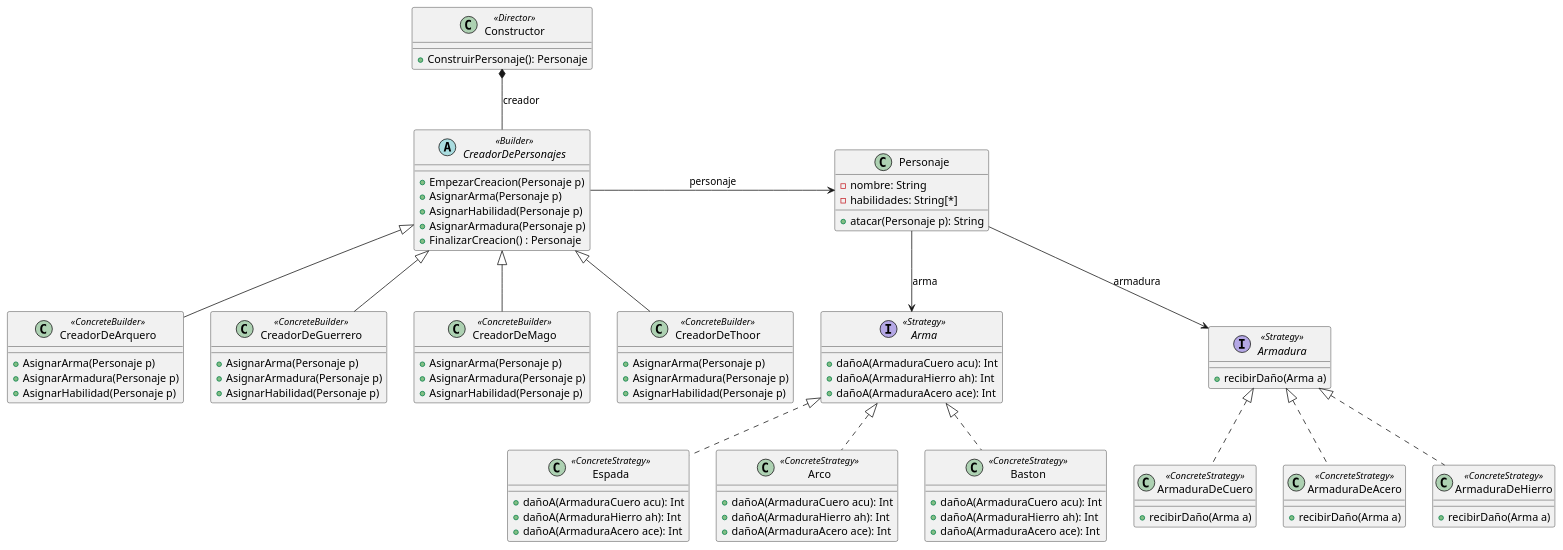
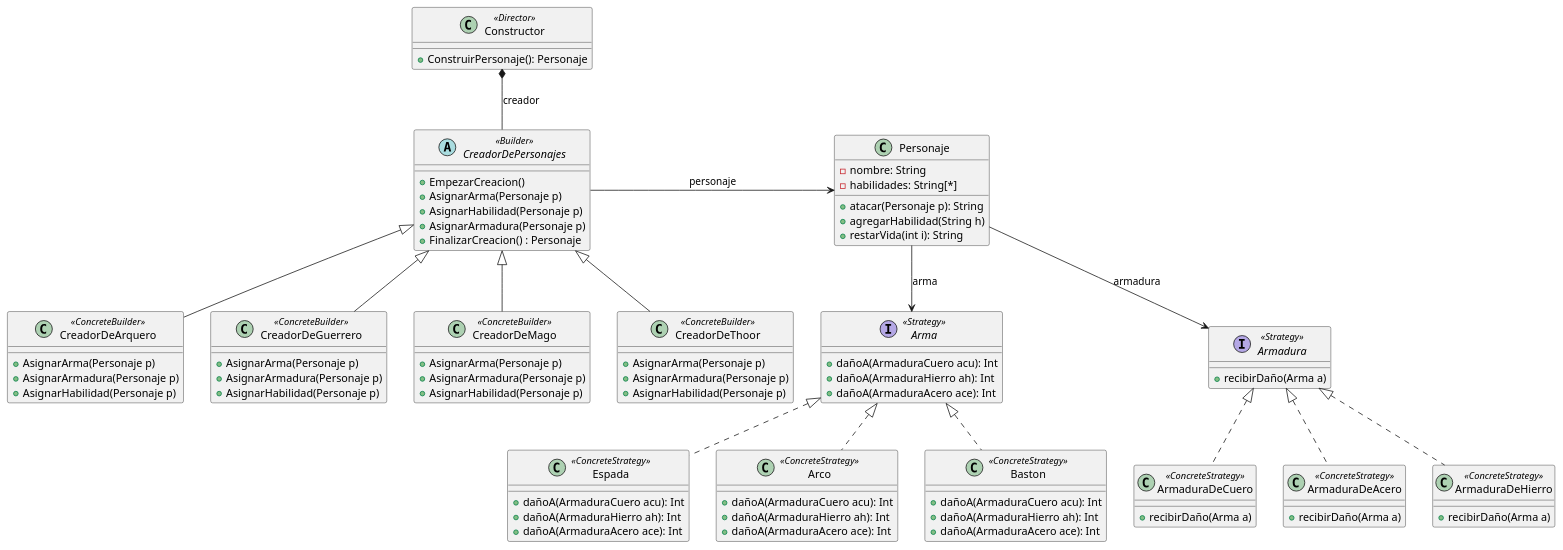
The diagram in Objetos 2/UMLs/Ejercicio20Patrones.puml (BautistaMarquez/Tercero-PrimerCuatrimestre), drawn with PlantUML before and after one commit. The commit also changed 2 other files, not shown here.

```diff
--- a/Objetos 2/UMLs/Ejercicio20Patrones.puml
+++ b/Objetos 2/UMLs/Ejercicio20Patrones.puml
@@ -1,114 +1,116 @@
 @startuml Ejercicio20
 
 Arma <|.. Espada
 Arma <|.. Arco
 Arma <|.. Baston
 Armadura <|.. ArmaduraDeCuero
 Armadura <|.. ArmaduraDeAcero
 Armadura <|.. ArmaduraDeHierro
 Personaje --> Arma : arma 
 Personaje --> Armadura : armadura 
 CreadorDePersonajes -> Personaje : personaje
 CreadorDePersonajes <|-- CreadorDeArquero
 CreadorDePersonajes <|-- CreadorDeGuerrero
 CreadorDePersonajes <|-- CreadorDeMago
 CreadorDePersonajes <|-- CreadorDeThoor
 Constructor *-- CreadorDePersonajes : creador
 
 'Estaba en la duda de hacer una Strategy con los personajes, pero entiendo que justamente tienen el nombre para Identificarse entonces lo mas sensato es hacer un Strategy de Armadura y la clase Personaje se diferencia de otra por su nombre.
 
 'Para crear los personajes, uso un Builder? Pq deberia tener dos directores que indiquen el orden, ya que el mago tiene 2 habilidades y el guerrero 1 (Entiendo que el arquero tendria combate a distancia aunque no diga nada).
 
 'BUILDER: NO INDICA LA CANTIDAD DE VECES QUE TIENE QUE HACER ALGO? OSEA SE SUPONE QUE EL MAGO POR EJEMPLO HACE DOS HABLIDADES Y EL GUERRERO UNA? PERO ESTO LO HARIA EN EL CONCRETO
 
 interface Arma <<Strategy>>{
     +dañoA(ArmaduraCuero acu): Int 
     +dañoA(ArmaduraHierro ah): Int 
     +dañoA(ArmaduraAcero ace): Int 
 }
 
 class Espada <<ConcreteStrategy>>{
     +dañoA(ArmaduraCuero acu): Int 
     +dañoA(ArmaduraHierro ah): Int 
     +dañoA(ArmaduraAcero ace): Int 
 }
 
 class Arco <<ConcreteStrategy>>{
     +dañoA(ArmaduraCuero acu): Int 
     +dañoA(ArmaduraHierro ah): Int 
     +dañoA(ArmaduraAcero ace): Int 
 }
 
 Class Baston <<ConcreteStrategy>>{
     +dañoA(ArmaduraCuero acu): Int 
     +dañoA(ArmaduraHierro ah): Int 
     +dañoA(ArmaduraAcero ace): Int 
 }
 
 'El String seria para saber si gano o perdio? Aunque en realidad los dos reciben daño. Supuestamente el que ataca nada mas hace daño, en este caso.
 'En vez de combatir le pongo atacar.
 class Personaje{
     -nombre: String
     -habilidades: String[*]
     +atacar(Personaje p): String 
+    +agregarHabilidad(String h)
+    +restarVida(int i): String
 }
 
 'Lo que me hace ruido, es que queda vacia porque no tiene una defenesa o un algo que le pueda aplicar. 
 'Sino que hago, lo identifico por un String?
 'Pq encima no tienen algo que sea defensa contra 
 interface Armadura <<Strategy>>{ 
     +recibirDaño(Arma a)
 
 }
 
 class ArmaduraDeCuero <<ConcreteStrategy>>{
     +recibirDaño(Arma a)
 }
 
 class ArmaduraDeHierro <<ConcreteStrategy>>{
     +recibirDaño(Arma a)
 }
 
 class ArmaduraDeAcero <<ConcreteStrategy>>{
     +recibirDaño(Arma a)
 }
 
 'Utilizo varios metodos debido al orden y cantidad de armas/habilidades. Se pueden usar varios metodos de esta forma en un director o un director es igual a un metodo/orden.
 'El ConstruirPersonajeADistancia seria para Mago y Thoor
 class Constructor <<Director>>{
     +ConstruirPersonaje(): Personaje
 }
 
 abstract class CreadorDePersonajes <<Builder>>{
-    +EmpezarCreacion(Personaje p)
+    +EmpezarCreacion()
     +AsignarArma(Personaje p)
     +AsignarHabilidad(Personaje p)
     +AsignarArmadura(Personaje p)
     +FinalizarCreacion() : Personaje
 }
 
 class CreadorDeGuerrero <<ConcreteBuilder>>{
     +AsignarArma(Personaje p)
     +AsignarArmadura(Personaje p)
     +AsignarHabilidad(Personaje p)
 }
 
 class CreadorDeArquero <<ConcreteBuilder>>{
     +AsignarArma(Personaje p)
     +AsignarArmadura(Personaje p)
     +AsignarHabilidad(Personaje p)
 }
 
 class CreadorDeMago <<ConcreteBuilder>>{
     +AsignarArma(Personaje p)
     +AsignarArmadura(Personaje p)
     +AsignarHabilidad(Personaje p)
 }
 
 class CreadorDeThoor <<ConcreteBuilder>>{
     +AsignarArma(Personaje p)
     +AsignarArmadura(Personaje p)
     +AsignarHabilidad(Personaje p)
 }
 
 @enduml
```
